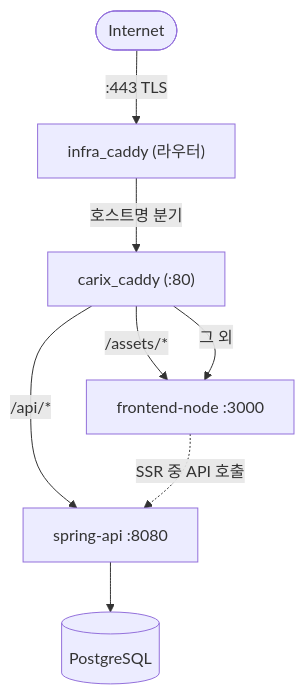
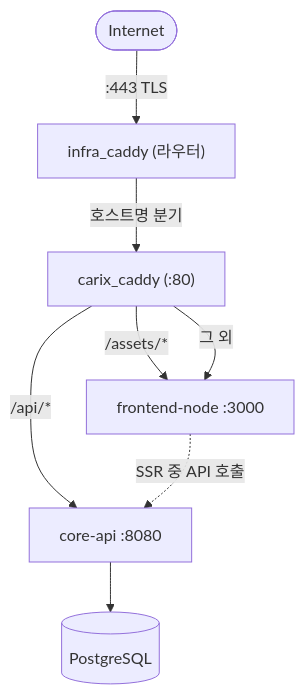
The diagram in docs/specs/frontend-design.md (SeoHyeokGyu/Carix), drawn with Mermaid before and after one commit. The commit also changed other lines of this file and 8 other files, not shown here.

````diff
--- a/docs/specs/frontend-design.md
+++ b/docs/specs/frontend-design.md
@@ -29,10 +29,10 @@
 ```mermaid
 flowchart TD
     Internet([Internet]) -->|":443 TLS"| Router["infra_caddy (라우터)"]
     Router -->|"호스트명 분기"| CarixCaddy["carix_caddy (:80)"]
-    CarixCaddy -->|"/api/*"| SpringBoot["spring-api :8080"]
+    CarixCaddy -->|"/api/*"| SpringBoot["core-api :8080"]
     CarixCaddy -->|"/assets/*"| NodeSSR
     CarixCaddy -->|"그 외"| NodeSSR["frontend-node :3000"]
     NodeSSR -.->|"SSR 중 API 호출"| SpringBoot
     SpringBoot --> DB[(PostgreSQL)]
 ```
````
